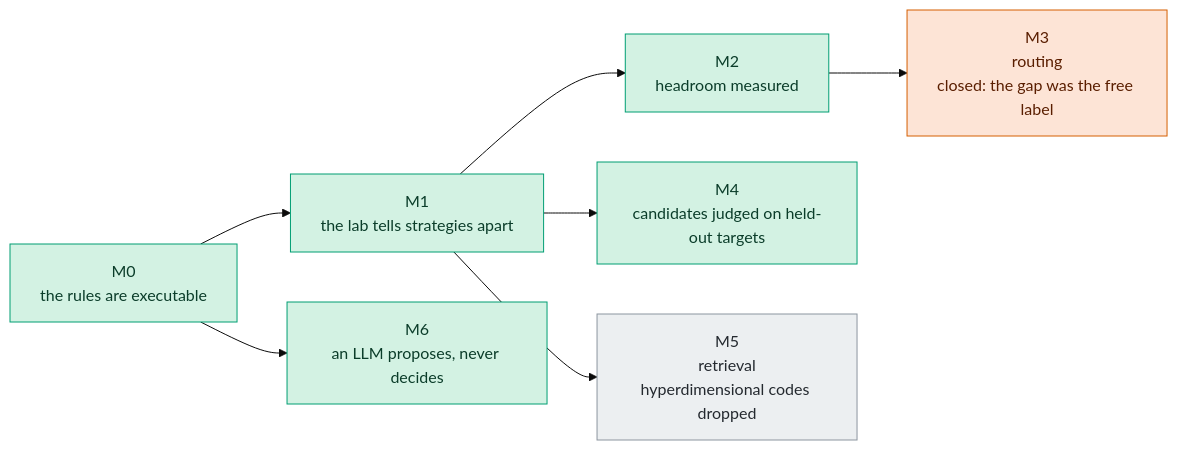
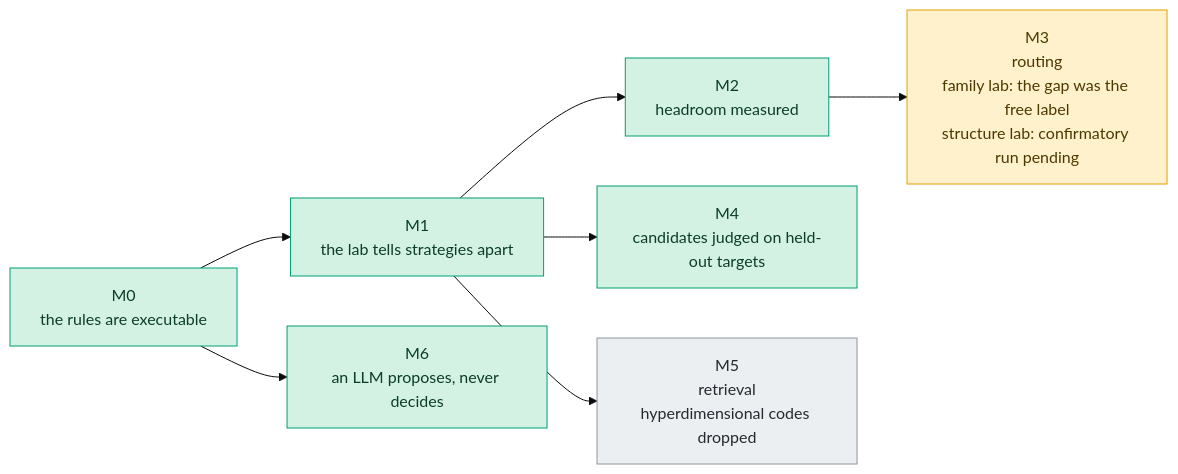
The third of 4 diagrams in README.md (kmosoti/Metron), drawn with Mermaid (base theme) before and after one commit. The commit also changed other lines of this file and 23 other files, not shown here.

````diff
--- a/README.md
+++ b/README.md
@@ -107,17 +118,18 @@
 ```mermaid
 flowchart LR
     M0["M0<br/>the rules are executable"]:::reached
     M1["M1<br/>the lab tells strategies apart"]:::reached
     M2["M2<br/>headroom measured"]:::reached
-    M3["M3<br/>routing<br/>closed: the gap was the free label"]:::closed
+    M3["M3<br/>routing<br/>family lab: the gap was the free label<br/>structure lab: confirmatory run pending"]:::open
     M4["M4<br/>candidates judged on held-out targets"]:::reached
     M5["M5<br/>retrieval<br/>hyperdimensional codes dropped"]:::dropped
     M6["M6<br/>an LLM proposes, never decides"]:::reached
     M0 --> M1 --> M2 --> M3
     M1 --> M4
     M1 --> M5
     M0 --> M6
     classDef reached fill:#d3f2e3,stroke:#009E73,color:#0b3d2a
     classDef closed fill:#fde4d6,stroke:#D55E00,color:#5a1e00
+    classDef open fill:#fff1cc,stroke:#E69F00,color:#4d3800
     classDef dropped fill:#eceff1,stroke:#8c959f,color:#24292f
 ```
````
